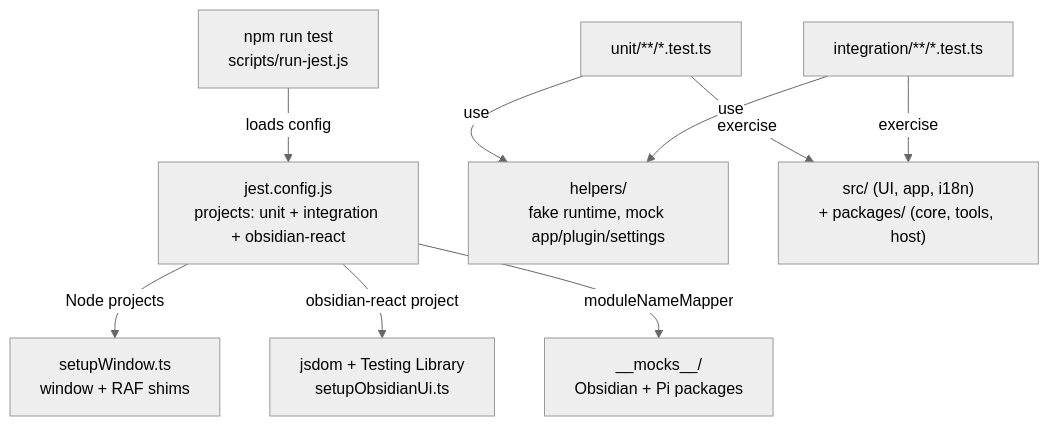
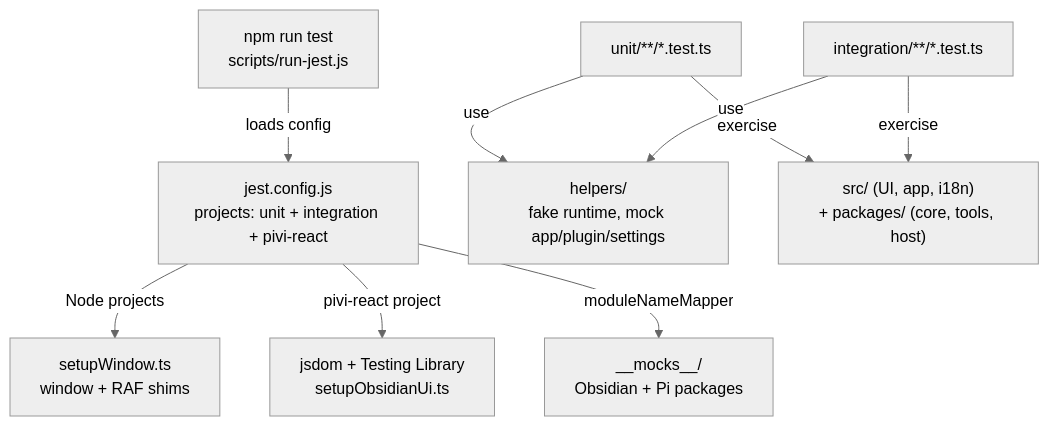
One commit to shuuul/obsidian-pivi changed the diagram in tests/AGENTS.md. Above: the diagram before and after it, drawn with Mermaid (neutral theme). The commit also changed other lines of this file and 290 other files, not shown here.

First line of the commit message:
refactor(architecture): make React UI product-owned

````diff
--- a/tests/AGENTS.md
+++ b/tests/AGENTS.md
@@ -9,11 +9,11 @@
 ```mermaid
 flowchart TD
-  Runner["npm run test<br/>scripts/run-jest.js"] -- "loads config" --> Jest["jest.config.js<br/>projects: unit + integration + obsidian-react"]
+  Runner["npm run test<br/>scripts/run-jest.js"] -- "loads config" --> Jest["jest.config.js<br/>projects: unit + integration + pivi-react"]
   Jest -- "Node projects" --> Window["setupWindow.ts<br/>window + RAF shims"]
-  Jest -- "obsidian-react project" --> React["jsdom + Testing Library<br/>setupObsidianUi.ts"]
+  Jest -- "pivi-react project" --> React["jsdom + Testing Library<br/>setupObsidianUi.ts"]
   Jest -- "moduleNameMapper" --> Mocks["__mocks__/<br/>Obsidian + Pi packages"]
   Unit["unit/**/*.test.ts"] -- "use" --> Helpers["helpers/<br/>fake runtime, mock app/plugin/settings"]
   Integration["integration/**/*.test.ts"] -- "use" --> Helpers
   Unit -- "exercise" --> Codebase["src/ (UI, app, i18n)<br/>+ packages/ (core, tools, host)"]
   Integration -- "exercise" --> Codebase
 ```
````
